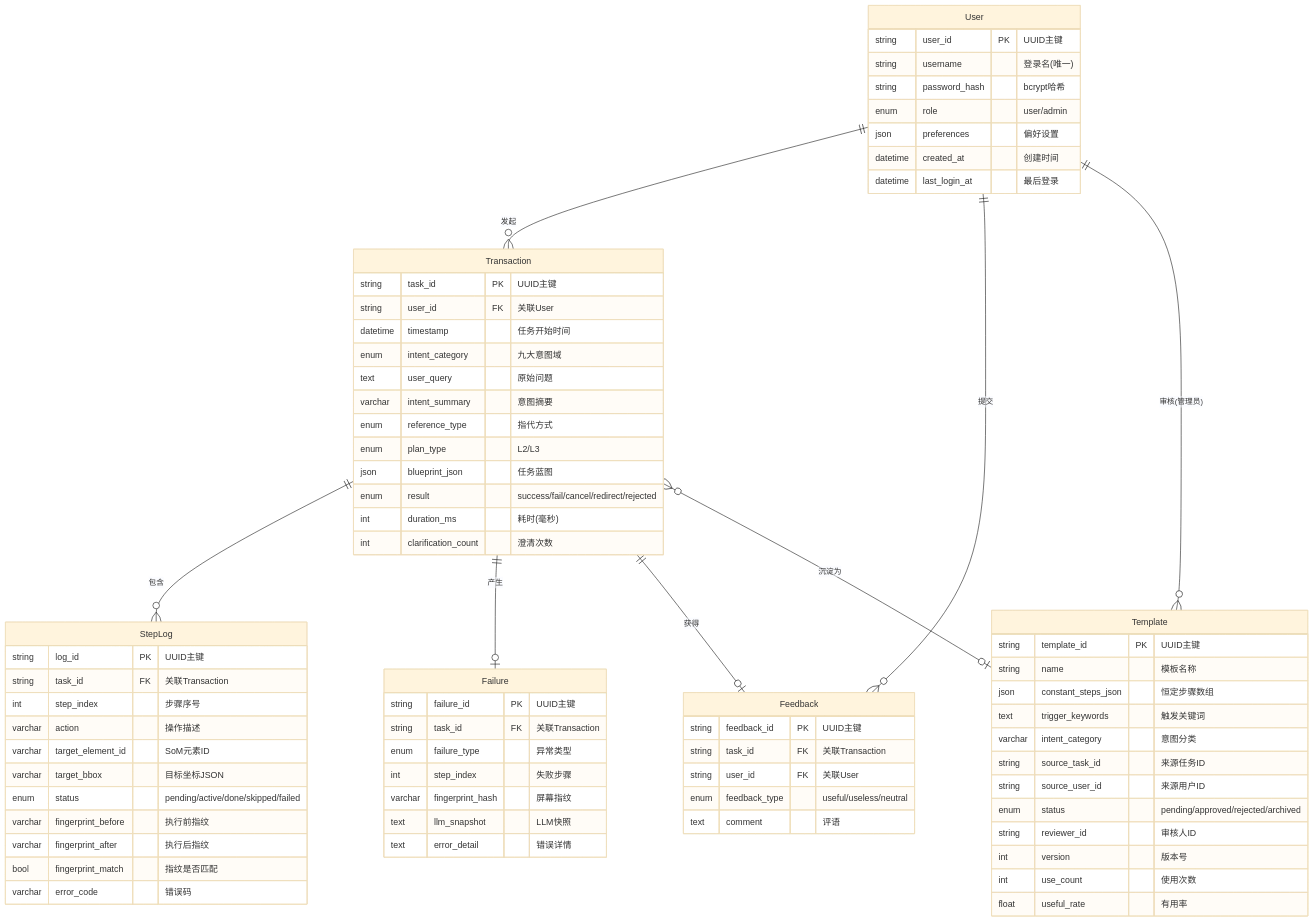
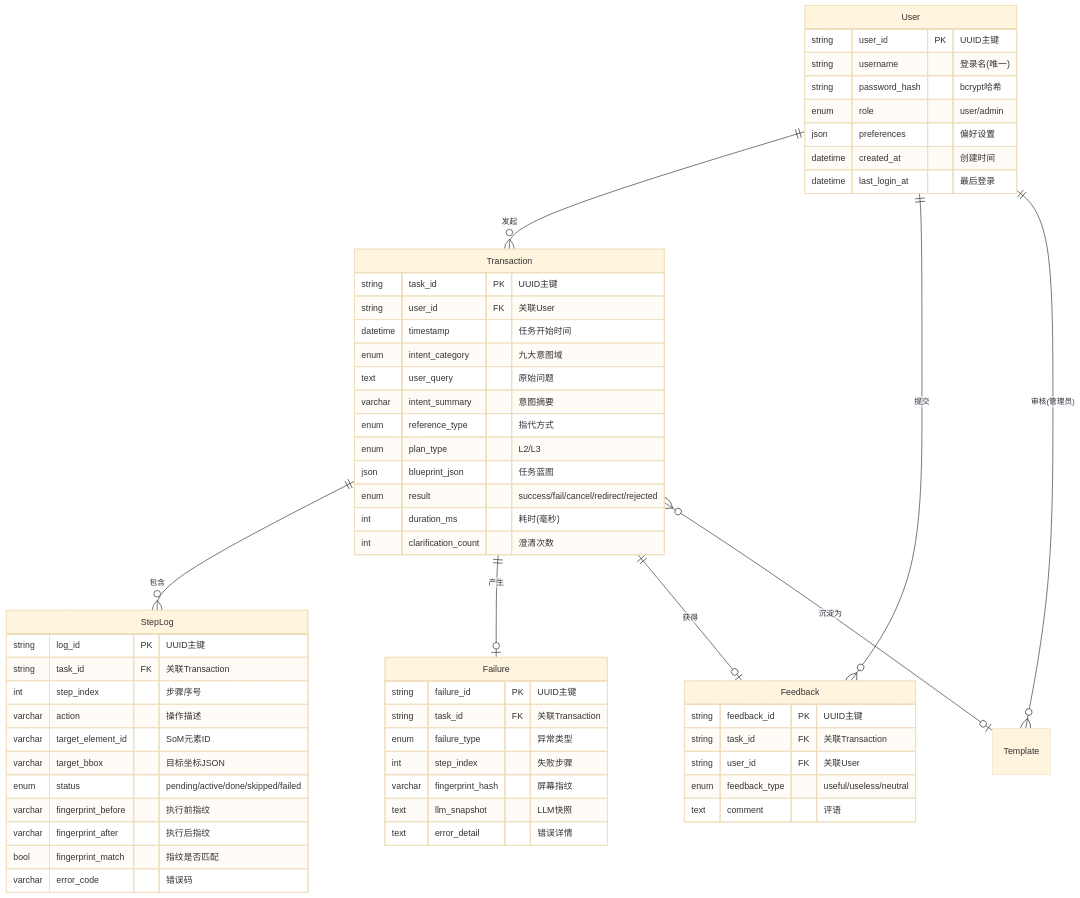
One commit to eicon-xyz/Fuzzy-Visual-Assisted-Question-Answering-System changed the fourth of 12 diagrams in 项目文档/UML_diagrams.md. Above: the diagram before and after it, drawn with Mermaid (base theme). The commit also changed other lines of this file and 12 other files, not shown here.

```diff
--- a/项目文档/UML_diagrams.md
+++ b/项目文档/UML_diagrams.md
@@ -299,21 +285,6 @@
         varchar error_code "错误码"
     }
     
-    Template {
-        string template_id PK "UUID主键"
-        string name "模板名称"
-        json constant_steps_json "恒定步骤数组"
-        text trigger_keywords "触发关键词"
-        varchar intent_category "意图分类"
-        string source_task_id "来源任务ID"
-        string source_user_id "来源用户ID"
-        enum status "pending/approved/rejected/archived"
-        string reviewer_id "审核人ID"
-        int version "版本号"
-        int use_count "使用次数"
-        float useful_rate "有用率"
-    }
-    
     Feedback {
         string feedback_id PK "UUID主键"
         string task_id FK "关联Transaction"
```
